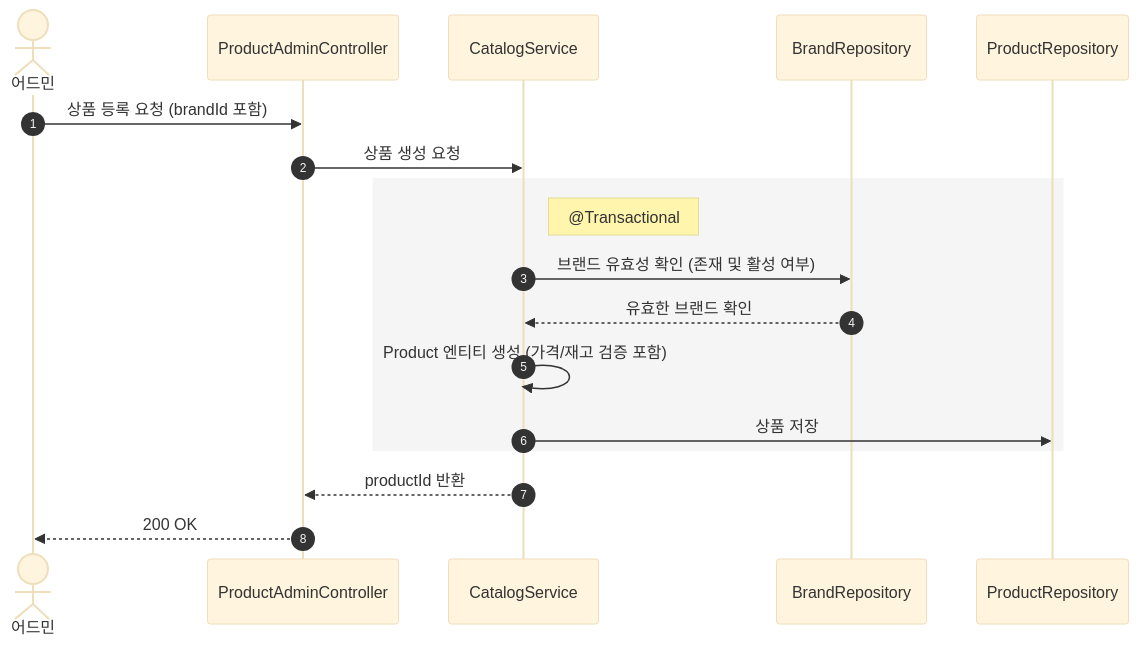
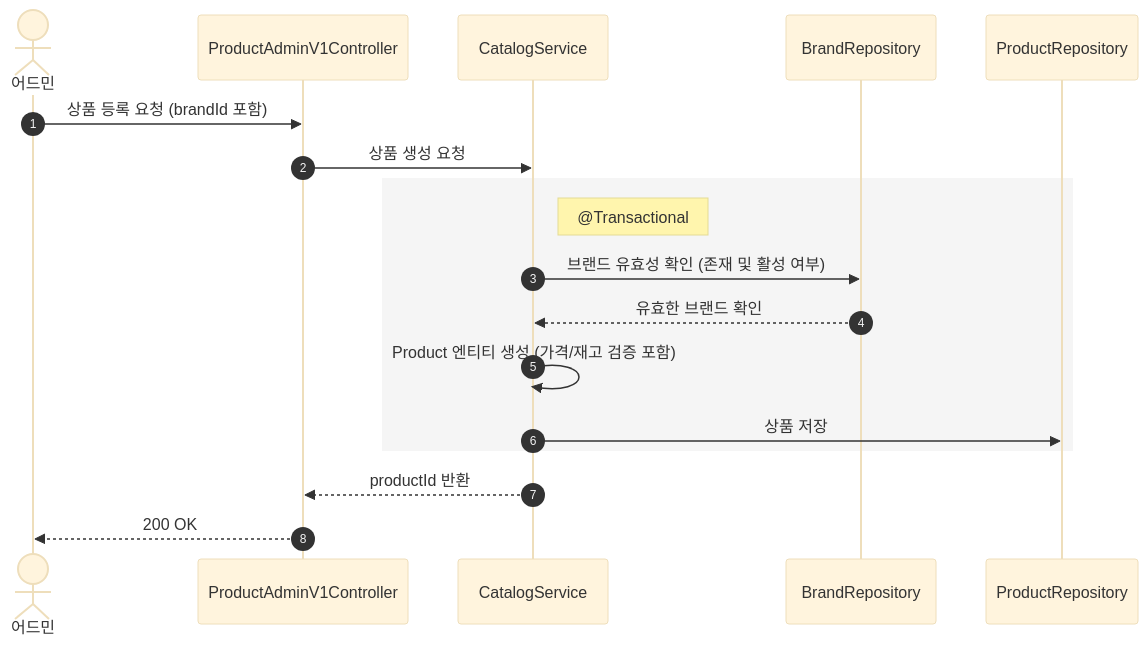
One commit to Loopers-dev-lab/loop-pack-be-l2-vol3-kotlin changed diagram 12 of 26 in docs/design/02-sequence-diagrams.md. Above: the diagram before and after it, drawn with Mermaid (base theme). The commit also changed other lines of this file and 7 other files, not shown here.

````diff
--- a/docs/design/02-sequence-diagrams.md
+++ b/docs/design/02-sequence-diagrams.md
@@ -282,22 +314,22 @@
 ```mermaid
 sequenceDiagram
     autonumber
     actor Admin as 어드민
-    participant C as ProductAdminController
+    participant C as ProductAdminV1Controller
     participant S as CatalogService
     participant BR as BrandRepository
     participant PR as ProductRepository
     Admin ->> C: 상품 등록 요청 (brandId 포함)
     C ->> S: 상품 생성 요청
 
     rect rgb(245, 245, 245)
         Note right of S: @Transactional
         S ->> BR: 브랜드 유효성 확인 (존재 및 활성 여부)
         BR -->> S: 유효한 브랜드 확인
         S ->> S: Product 엔티티 생성 (가격/재고 검증 포함)
         S ->> PR: 상품 저장
     end
 
     S -->> C: productId 반환
     C -->> Admin: 200 OK
 ```
````
